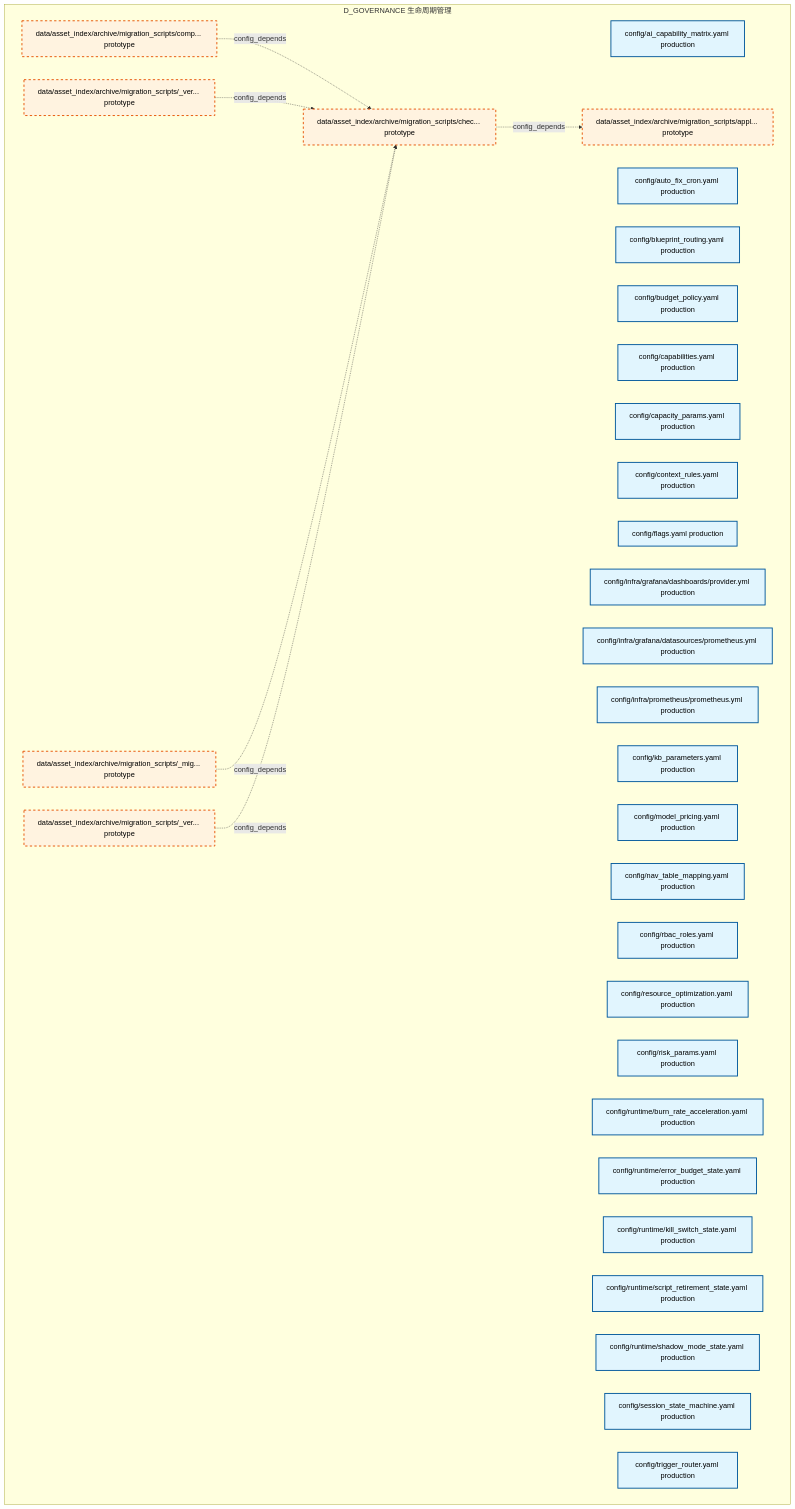
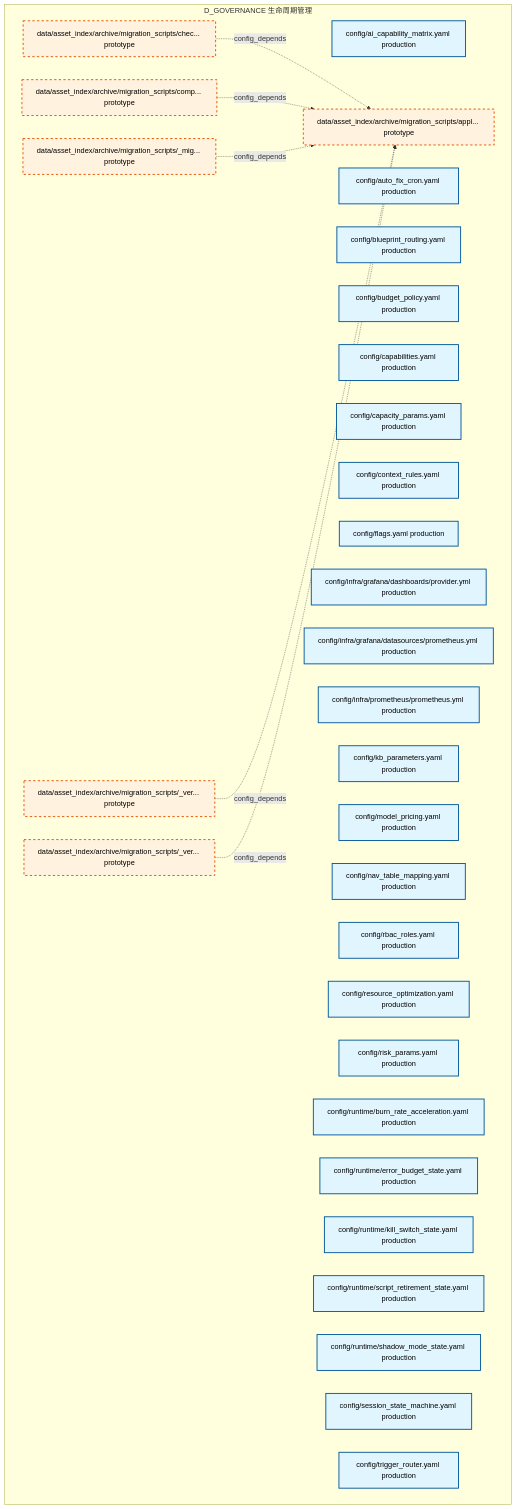
Before and after one commit to xuanFelixVan/ZephyrAlpha: the first of 30 diagrams in docs/02_enterprise_architecture/02_domain_architecture_docs/33_d_governance.md, drawn with Mermaid. The commit also changed other lines of this file and 106 other files, not shown here.

````diff
--- a/docs/02_enterprise_architecture/02_domain_architecture_docs/33_d_governance.md
+++ b/docs/02_enterprise_architecture/02_domain_architecture_docs/33_d_governance.md
@@ -49,46 +49,46 @@
 ```mermaid
 graph TD
     subgraph D_GOVERNANCE["D_GOVERNANCE 生命周期管理"]
         config_ai_capability_matrix_yaml["config/ai_capability_matrix.yaml production"]
         config_auto_fix_cron_yaml["config/auto_fix_cron.yaml production"]
         config_blueprint_routing_yaml["config/blueprint_routing.yaml production"]
         config_budget_policy_yaml["config/budget_policy.yaml production"]
         config_capabilities_yaml["config/capabilities.yaml production"]
         config_capacity_params_yaml["config/capacity_params.yaml production"]
         config_context_rules_yaml["config/context_rules.yaml production"]
         config_flags_yaml["config/flags.yaml production"]
         config_infra_grafana_dashboards_provider_yml["config/infra/grafana/dashboards/provider.yml production"]
         config_infra_grafana_datasources_prometheus_yml["config/infra/grafana/datasources/prometheus.yml production"]
         config_infra_prometheus_prometheus_yml["config/infra/prometheus/prometheus.yml production"]
         config_kb_parameters_yaml["config/kb_parameters.yaml production"]
         config_model_pricing_yaml["config/model_pricing.yaml production"]
         config_nav_table_mapping_yaml["config/nav_table_mapping.yaml production"]
         config_rbac_roles_yaml["config/rbac_roles.yaml production"]
         config_resource_optimization_yaml["config/resource_optimization.yaml production"]
         config_risk_params_yaml["config/risk_params.yaml production"]
         config_runtime_burn_rate_acceleration_yaml["config/runtime/burn_rate_acceleration.yaml production"]
         config_runtime_error_budget_state_yaml["config/runtime/error_budget_state.yaml production"]
         config_runtime_kill_switch_state_yaml["config/runtime/kill_switch_state.yaml production"]
         config_runtime_script_retirement_state_yaml["config/runtime/script_retirement_state.yaml production"]
         config_runtime_shadow_mode_state_yaml["config/runtime/shadow_mode_state.yaml production"]
         config_session_state_machine_yaml["config/session_state_machine.yaml production"]
         config_trigger_router_yaml["config/trigger_router.yaml production"]
         data_asset_index_archive_migration_scripts_migration_shared_py["data/asset_index/archive/migration_scripts/_mig... prototype"]
         data_asset_index_archive_migration_scripts_verify_manifest_py["data/asset_index/archive/migration_scripts/_ver... prototype"]
         data_asset_index_archive_migration_scripts_verify_step4_py["data/asset_index/archive/migration_scripts/_ver... prototype"]
         data_asset_index_archive_migration_scripts_apply_rulings_py["data/asset_index/archive/migration_scripts/appl... prototype"]
         data_asset_index_archive_migration_scripts_check_coverage_py["data/asset_index/archive/migration_scripts/chec... prototype"]
         data_asset_index_archive_migration_scripts_comprehensive_import_fix_py["data/asset_index/archive/migration_scripts/comp... prototype"]
     end
     data_asset_index_archive_migration_scripts_check_coverage_py -.->|config_depends| data_asset_index_archive_migration_scripts_apply_rulings_py
-    data_asset_index_archive_migration_scripts_comprehensive_import_fix_py -.->|config_depends| data_asset_index_archive_migration_scripts_check_coverage_py
-    data_asset_index_archive_migration_scripts_verify_manifest_py -.->|config_depends| data_asset_index_archive_migration_scripts_check_coverage_py
-    data_asset_index_archive_migration_scripts_migration_shared_py -.->|config_depends| data_asset_index_archive_migration_scripts_check_coverage_py
-    data_asset_index_archive_migration_scripts_verify_step4_py -.->|config_depends| data_asset_index_archive_migration_scripts_check_coverage_py
+    data_asset_index_archive_migration_scripts_comprehensive_import_fix_py -.->|config_depends| data_asset_index_archive_migration_scripts_apply_rulings_py
+    data_asset_index_archive_migration_scripts_migration_shared_py -.->|config_depends| data_asset_index_archive_migration_scripts_apply_rulings_py
+    data_asset_index_archive_migration_scripts_verify_manifest_py -.->|config_depends| data_asset_index_archive_migration_scripts_apply_rulings_py
+    data_asset_index_archive_migration_scripts_verify_step4_py -.->|config_depends| data_asset_index_archive_migration_scripts_apply_rulings_py
     classDef production fill:#e1f5fe,stroke:#01579b,stroke-width:2px,color:#000
     classDef design fill:#fff3e0,stroke:#e65100,stroke-width:2px,color:#000,stroke-dasharray: 5 5
     classDef external_prod fill:#e8f5e9,stroke:#1b5e20,stroke-width:1px,color:#000
     classDef external_design fill:#fce4ec,stroke:#880e4f,stroke-width:1px,color:#000,stroke-dasharray: 5 5
     class config_ai_capability_matrix_yaml,config_auto_fix_cron_yaml,config_blueprint_routing_yaml,config_budget_policy_yaml,config_capabilities_yaml,config_capacity_params_yaml,config_context_rules_yaml,config_flags_yaml,config_infra_grafana_dashboards_provider_yml,config_infra_grafana_datasources_prometheus_yml,config_infra_prometheus_prometheus_yml,config_kb_parameters_yaml,config_model_pricing_yaml,config_nav_table_mapping_yaml,config_rbac_roles_yaml,config_resource_optimization_yaml,config_risk_params_yaml,config_runtime_burn_rate_acceleration_yaml,config_runtime_error_budget_state_yaml,config_runtime_kill_switch_state_yaml,config_runtime_script_retirement_state_yaml,config_runtime_shadow_mode_state_yaml,config_session_state_machine_yaml,config_trigger_router_yaml production
     class data_asset_index_archive_migration_scripts_migration_shared_py,data_asset_index_archive_migration_scripts_verify_manifest_py,data_asset_index_archive_migration_scripts_verify_step4_py,data_asset_index_archive_migration_scripts_apply_rulings_py,data_asset_index_archive_migration_scripts_check_coverage_py,data_asset_index_archive_migration_scripts_comprehensive_import_fix_py design
 ```
````
